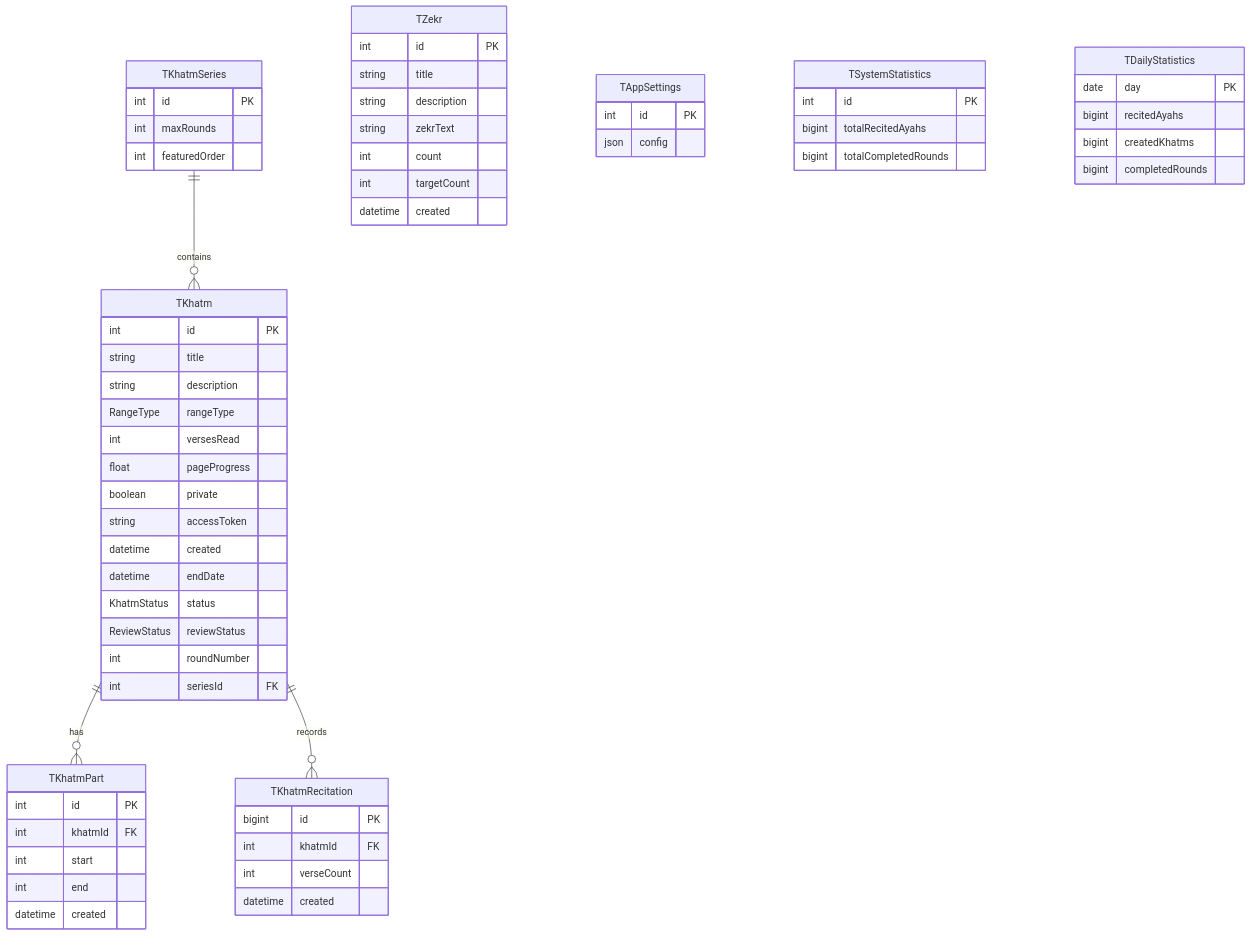
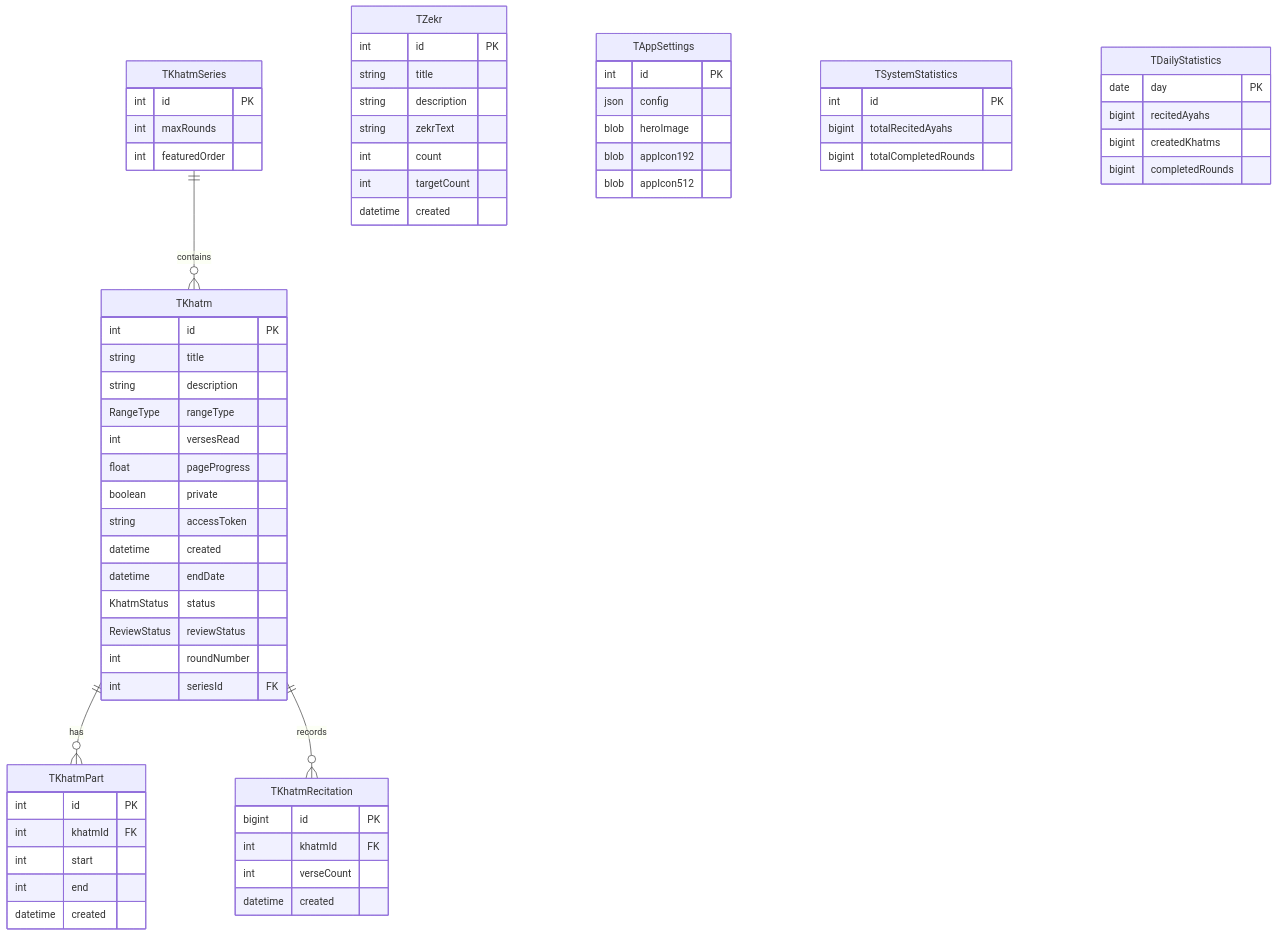
Before and after one commit to sabereen/dorkhani: the fourth of 4 diagrams in ARCHITECTURE.md, drawn with Mermaid. The commit also changed other lines of this file and 53 other files, not shown here.

````diff
--- a/ARCHITECTURE.md
+++ b/ARCHITECTURE.md
@@ -275,64 +275,67 @@
 ```mermaid
 erDiagram
     TKhatmSeries ||--o{ TKhatm : contains
     TKhatm ||--o{ TKhatmPart : has
     TKhatm ||--o{ TKhatmRecitation : records
     TKhatmSeries {
         int id PK
         int maxRounds
         int featuredOrder
     }
     TKhatm {
         int id PK
         string title
         string description
         RangeType rangeType
         int versesRead
         float pageProgress
         boolean private
         string accessToken
         datetime created
         datetime endDate
         KhatmStatus status
         ReviewStatus reviewStatus
         int roundNumber
         int seriesId FK
     }
     TKhatmPart {
         int id PK
         int khatmId FK
         int start
         int end
         datetime created
     }
     TKhatmRecitation {
         bigint id PK
         int khatmId FK
         int verseCount
         datetime created
     }
     TZekr {
         int id PK
         string title
         string description
         string zekrText
         int count
         int targetCount
         datetime created
     }
     TAppSettings {
         int id PK
         json config
+        blob heroImage
+        blob appIcon192
+        blob appIcon512
     }
     TSystemStatistics {
         int id PK
         bigint totalRecitedAyahs
         bigint totalCompletedRounds
     }
     TDailyStatistics {
         date day PK
         bigint recitedAyahs
         bigint createdKhatms
         bigint completedRounds
     }
 ```
````
